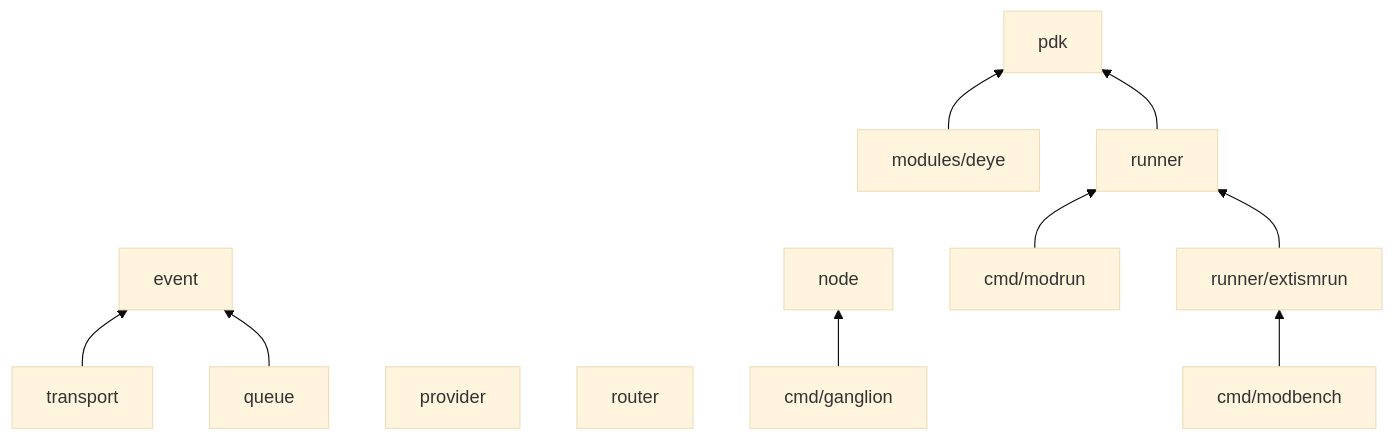
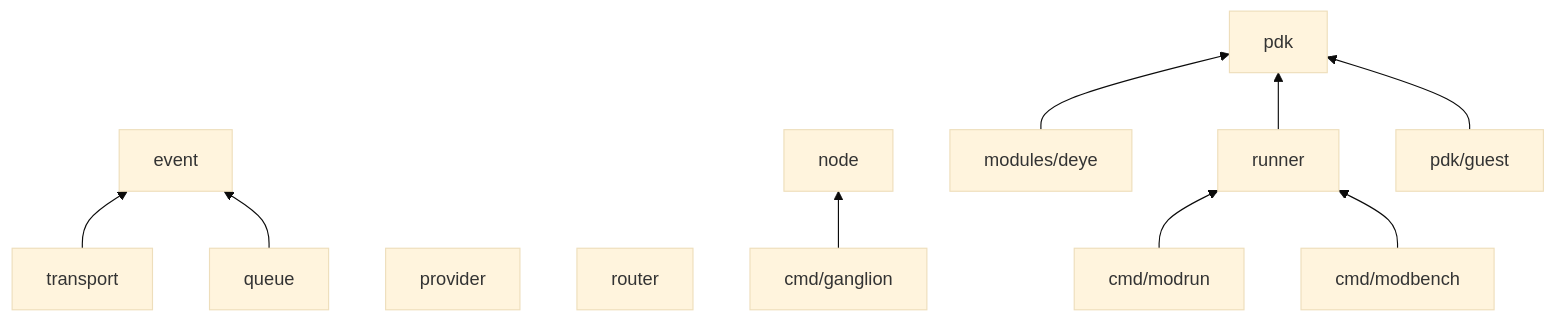
The diagram in docs/architecture/05-code-map.md (igorrius/ganglion), drawn with Mermaid (base theme) before and after one commit. The commit also changed other lines of this file and 33 other files, not shown here.

````diff
--- a/docs/architecture/05-code-map.md
+++ b/docs/architecture/05-code-map.md
@@ -39,16 +38,16 @@
 ```mermaid
 flowchart BT
     event["event"]
     transport["transport"] --> event
     queue["queue"] --> event
     provider["provider"]
     router["router"]
     node["node"]
     cmd["cmd/ganglion"] --> node
     pdk["pdk"]
     deye["modules/deye"] --> pdk
     runner["runner"] --> pdk
     modrun["cmd/modrun"] --> runner
-    extismrun["runner/extismrun"] --> runner
-    modbench["cmd/modbench"] --> extismrun
+    modbench["cmd/modbench"] --> runner
+    guest["pdk/guest"] --> pdk
 ```
````
